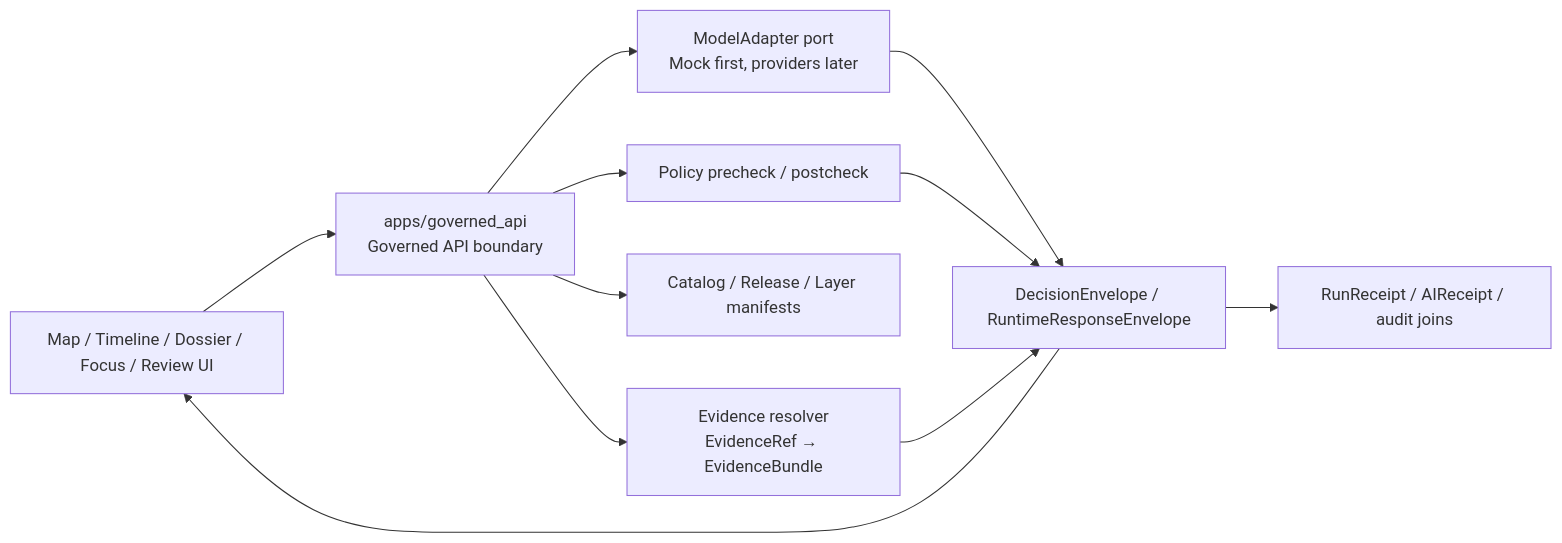
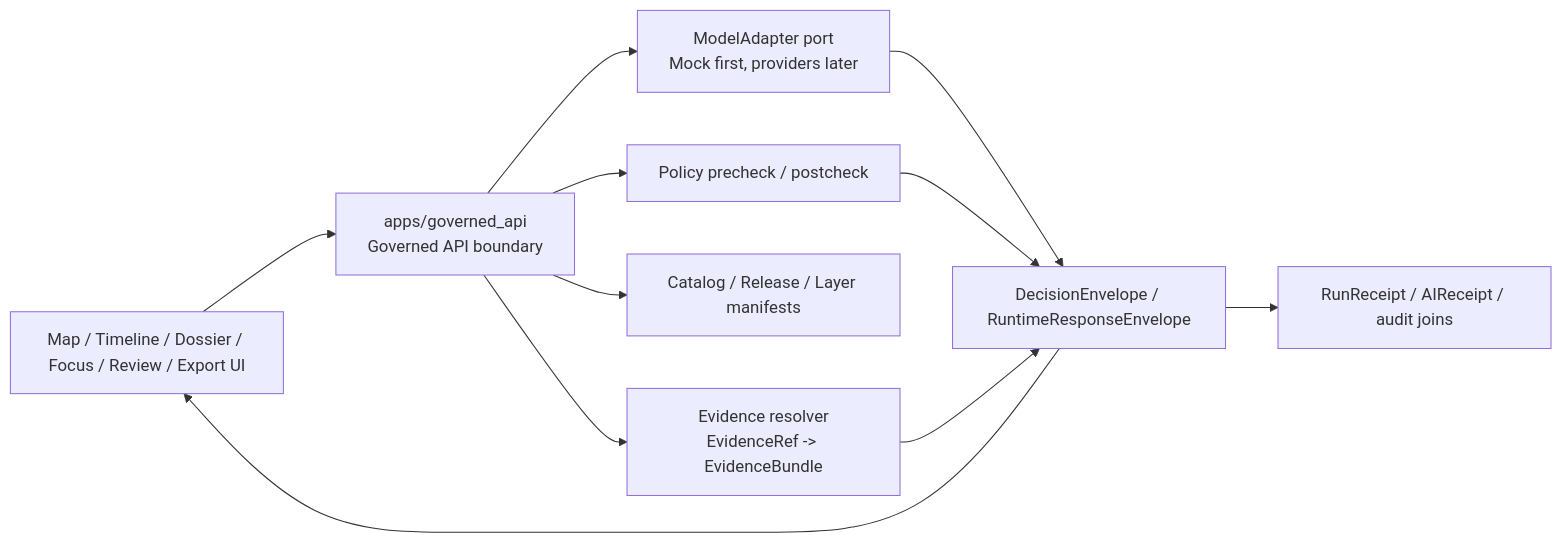
The second of 2 diagrams in apps/governed_api/README.md (bartytime4life/Kansas-Frontier-Matrix), drawn with Mermaid before and after one commit. The commit also changed other lines of this file, not shown here.

````diff
--- a/apps/governed_api/README.md
+++ b/apps/governed_api/README.md
@@ -106,22 +193,22 @@
 ```mermaid
 flowchart LR
-  UI["Map / Timeline / Dossier / Focus / Review UI"]
-  API["apps/governed_api<br/>Governed API boundary"]
-  Policy["Policy precheck / postcheck"]
-  Evidence["Evidence resolver<br/>EvidenceRef → EvidenceBundle"]
-  Catalog["Catalog / Release / Layer manifests"]
-  Adapter["ModelAdapter port<br/>Mock first, providers later"]
-  Envelope["DecisionEnvelope / RuntimeResponseEnvelope"]
-  Audit["RunReceipt / AIReceipt / audit joins"]
+  Client[Map / Timeline / Dossier / Focus / Review / Export UI]
+  API[apps/governed_api<br/>Governed API boundary]
+  Policy[Policy precheck / postcheck]
+  Evidence[Evidence resolver<br/>EvidenceRef -> EvidenceBundle]
+  Catalog[Catalog / Release / Layer manifests]
+  Adapter[ModelAdapter port<br/>Mock first, providers later]
+  Envelope[DecisionEnvelope / RuntimeResponseEnvelope]
+  Audit[RunReceipt / AIReceipt / audit joins]
 
-  UI --> API
+  Client --> API
   API --> Policy
   API --> Evidence
   API --> Catalog
   API --> Adapter
   Adapter --> Envelope
   Policy --> Envelope
   Evidence --> Envelope
   Envelope --> Audit
-  Envelope --> UI
+  Envelope --> Client
 ```
````
